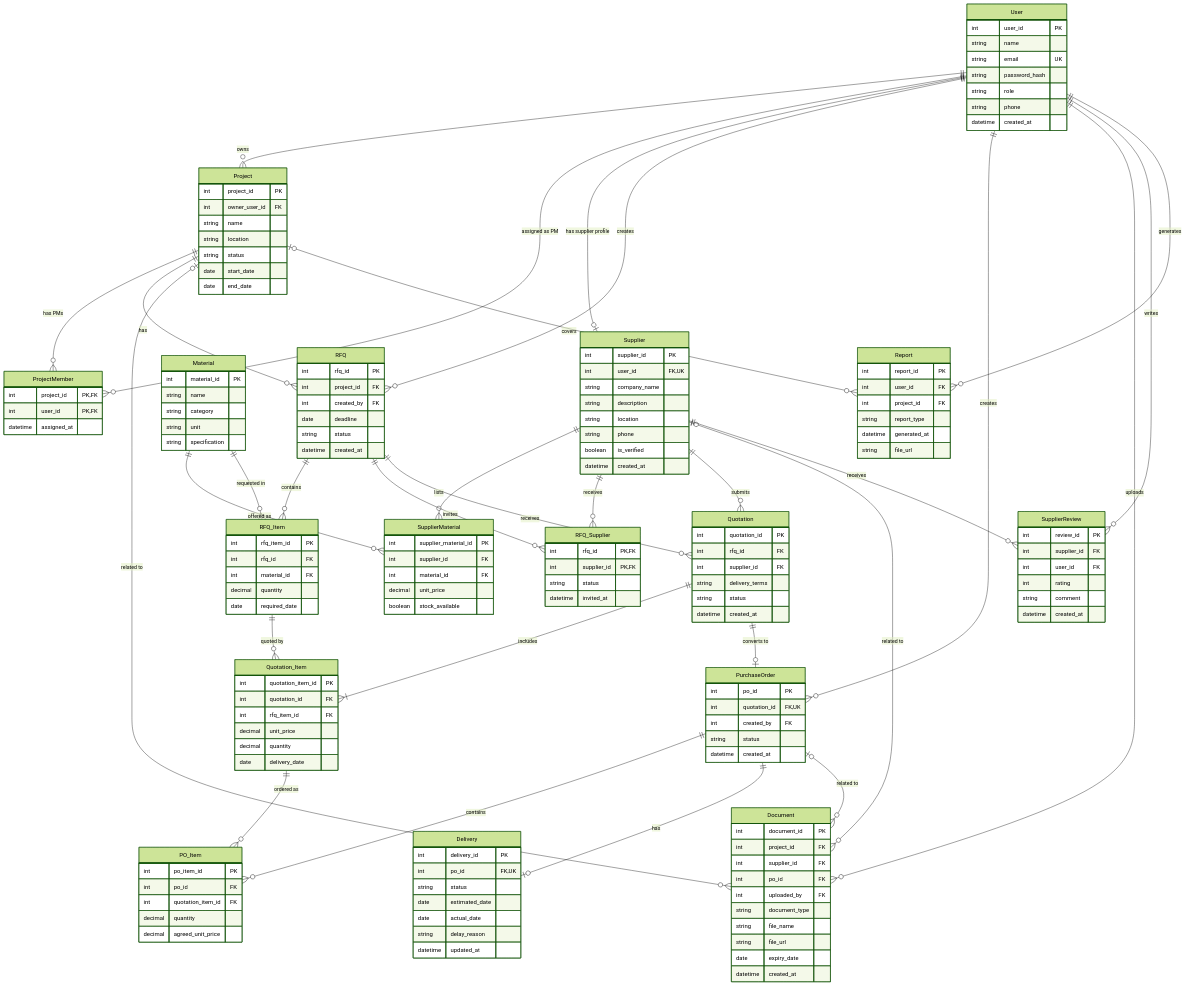
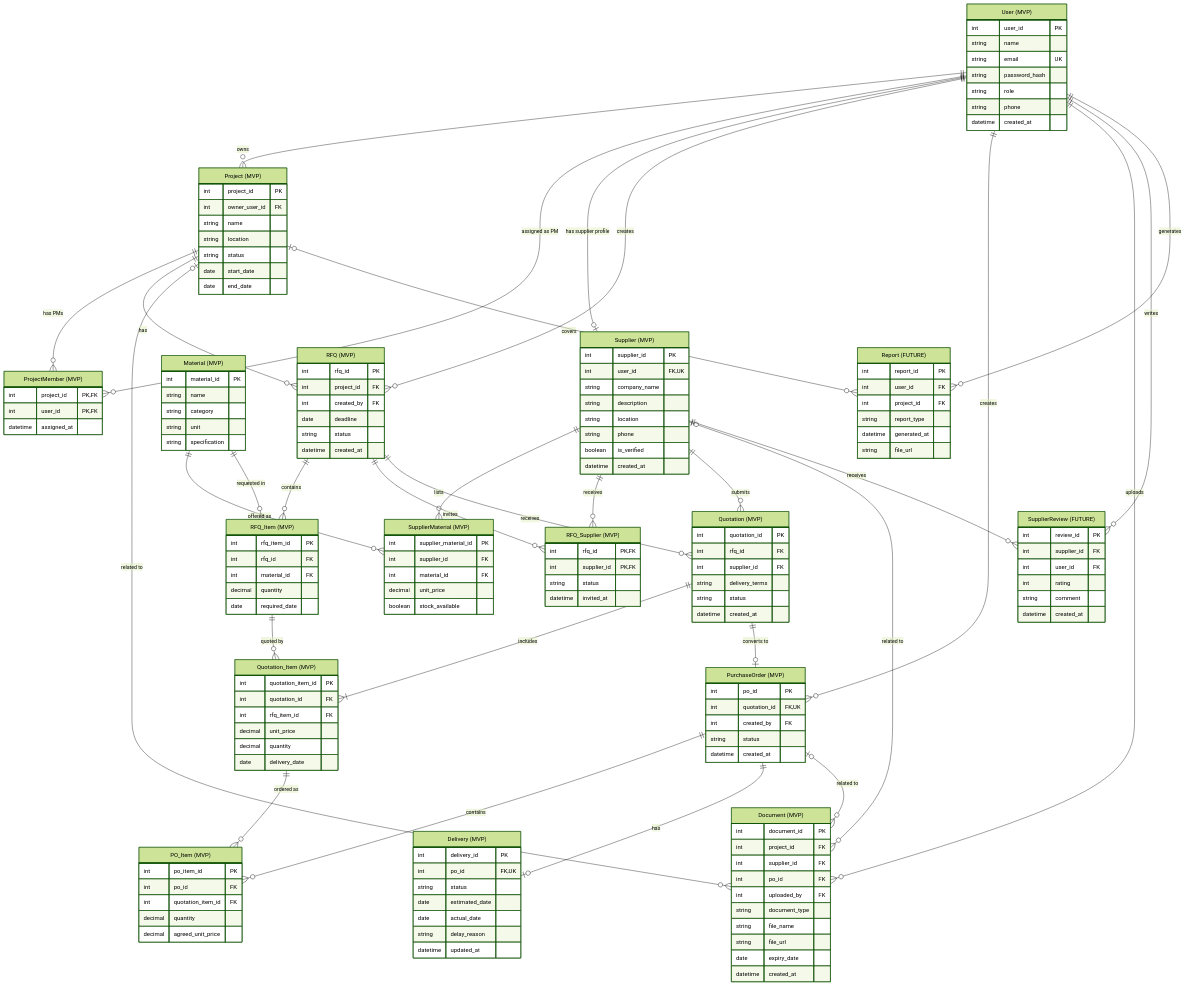
One commit to dauthuydung/construction-supplier-management-SUPPLIX changed the diagram in ERModel.md. Above: the diagram before and after it, drawn with Mermaid (forest theme). The commit also changed other lines of this file, not shown here.

Commit message:
Revise ER Diagram
Update ER Diagram with MVP and Future scope labels

````diff
--- a/ERModel.md
+++ b/ERModel.md
@@ -356,6 +356,6 @@
 ```mermaid
 erDiagram
-    User {
+    User["User (MVP)"] {
         int user_id PK
         string name
         string email UK
@@ -365,7 +365,7 @@
         datetime created_at
     }
 
-    Project {
+    Project["Project (MVP)"] {
         int project_id PK
         int owner_user_id FK
         string name
@@ -375,13 +375,13 @@
         date end_date
     }
 
-    ProjectMember {
+    ProjectMember["ProjectMember (MVP)"] {
         int project_id PK,FK
         int user_id PK,FK
         datetime assigned_at
     }
 
-    Supplier {
+    Supplier["Supplier (MVP)"] {
         int supplier_id PK
         int user_id FK,UK
         string company_name
@@ -392,7 +392,7 @@
         datetime created_at
     }
 
-    Material {
+    Material["Material (MVP)"] {
         int material_id PK
         string name
         string category
@@ -400,7 +400,7 @@
         string specification
     }
 
-    SupplierMaterial {
+    SupplierMaterial["SupplierMaterial (MVP)"] {
         int supplier_material_id PK
         int supplier_id FK
         int material_id FK
@@ -408,7 +408,7 @@
         boolean stock_available
     }
 
-    RFQ {
+    RFQ["RFQ (MVP)"] {
         int rfq_id PK
         int project_id FK
         int created_by FK
@@ -417,14 +417,14 @@
         datetime created_at
     }
 
-    RFQ_Supplier {
+    RFQ_Supplier["RFQ_Supplier (MVP)"] {
         int rfq_id PK,FK
         int supplier_id PK,FK
         string status
         datetime invited_at
     }
 
-    RFQ_Item {
+    RFQ_Item["RFQ_Item (MVP)"] {
         int rfq_item_id PK
         int rfq_id FK
         int material_id FK
@@ -432,7 +432,7 @@
         date required_date
     }
 
-    Quotation {
+    Quotation["Quotation (MVP)"] {
         int quotation_id PK
         int rfq_id FK
         int supplier_id FK
@@ -441,7 +441,7 @@
         datetime created_at
     }
 
-    Quotation_Item {
+    Quotation_Item["Quotation_Item (MVP)"] {
         int quotation_item_id PK
         int quotation_id FK
         int rfq_item_id FK
@@ -450,7 +450,7 @@
         date delivery_date
     }
 
-    PurchaseOrder {
+    PurchaseOrder["PurchaseOrder (MVP)"] {
         int po_id PK
         int quotation_id FK,UK
         int created_by FK
@@ -458,7 +458,7 @@
         datetime created_at
     }
 
-    PO_Item {
+    PO_Item["PO_Item (MVP)"] {
         int po_item_id PK
         int po_id FK
         int quotation_item_id FK
@@ -466,7 +466,7 @@
         decimal agreed_unit_price
     }
 
-    Delivery {
+    Delivery["Delivery (MVP)"] {
         int delivery_id PK
         int po_id FK,UK
         string status
@@ -476,7 +476,7 @@
         datetime updated_at
     }
 
-    Document {
+    Document["Document (MVP)"] {
         int document_id PK
         int project_id FK
         int supplier_id FK
@@ -489,7 +489,7 @@
         datetime created_at
     }
 
-    SupplierReview {
+    SupplierReview["SupplierReview (FUTURE)"] {
         int review_id PK
         int supplier_id FK
         int user_id FK
@@ -498,7 +498,7 @@
         datetime created_at
     }
 
-    Report {
+    Report["Report (FUTURE)"] {
         int report_id PK
         int user_id FK
         int project_id FK
````
